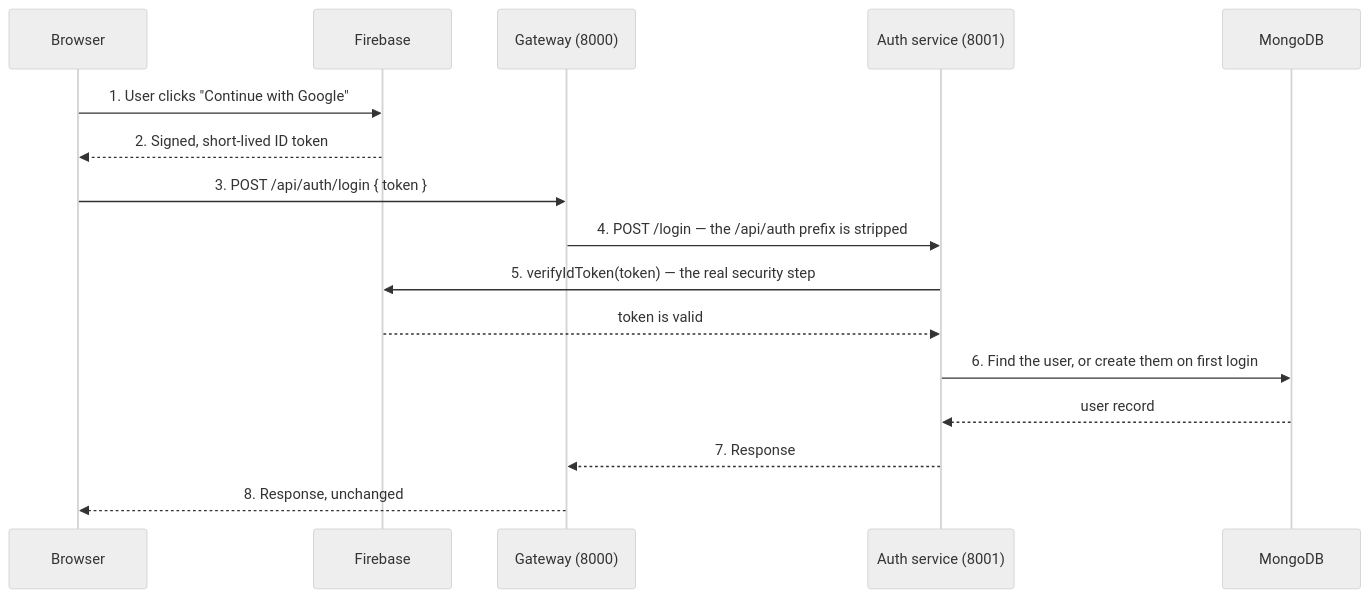
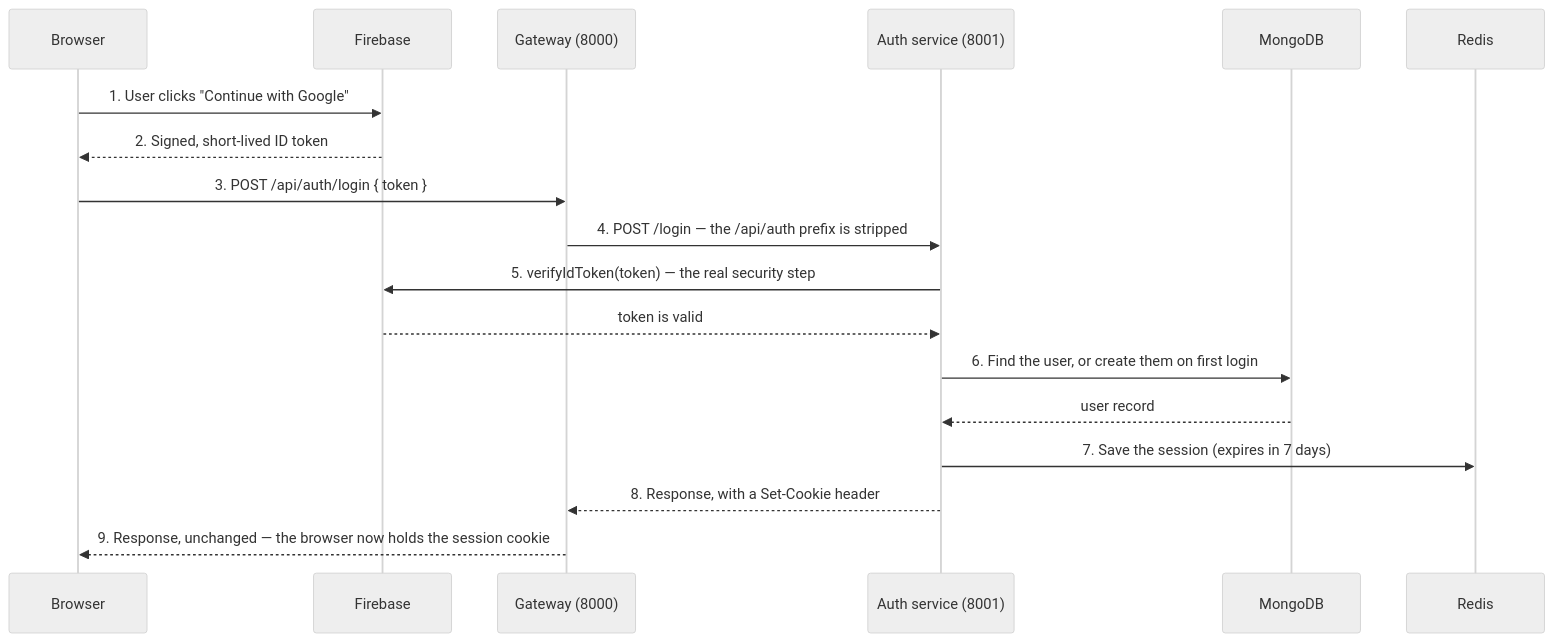
Before and after one commit to yamanhassan1/NexPulse: the second of 2 diagrams in docs/concepts/architecture.md, drawn with Mermaid (neutral theme). The commit also changed other lines of this file and 14 other files, not shown here.

First line of the commit message:
feat: implement session management with Redis for login/logout functionality

````diff
--- a/docs/concepts/architecture.md
+++ b/docs/concepts/architecture.md
@@ -106,19 +109,21 @@
 ```mermaid
 sequenceDiagram
     participant B as Browser
     participant F as Firebase
     participant G as Gateway (8000)
     participant A as Auth service (8001)
     participant M as MongoDB
+    participant R as Redis
 
     B->>F: 1. User clicks "Continue with Google"
     F-->>B: 2. Signed, short-lived ID token
     B->>G: 3. POST /api/auth/login { token }
     G->>A: 4. POST /login — the /api/auth prefix is stripped
     A->>F: 5. verifyIdToken(token) — the real security step
     F-->>A: token is valid
     A->>M: 6. Find the user, or create them on first login
     M-->>A: user record
-    A-->>G: 7. Response
-    G-->>B: 8. Response, unchanged
+    A->>R: 7. Save the session (expires in 7 days)
+    A-->>G: 8. Response, with a Set-Cookie header
+    G-->>B: 9. Response, unchanged — the browser now holds the session cookie
 ```
````
